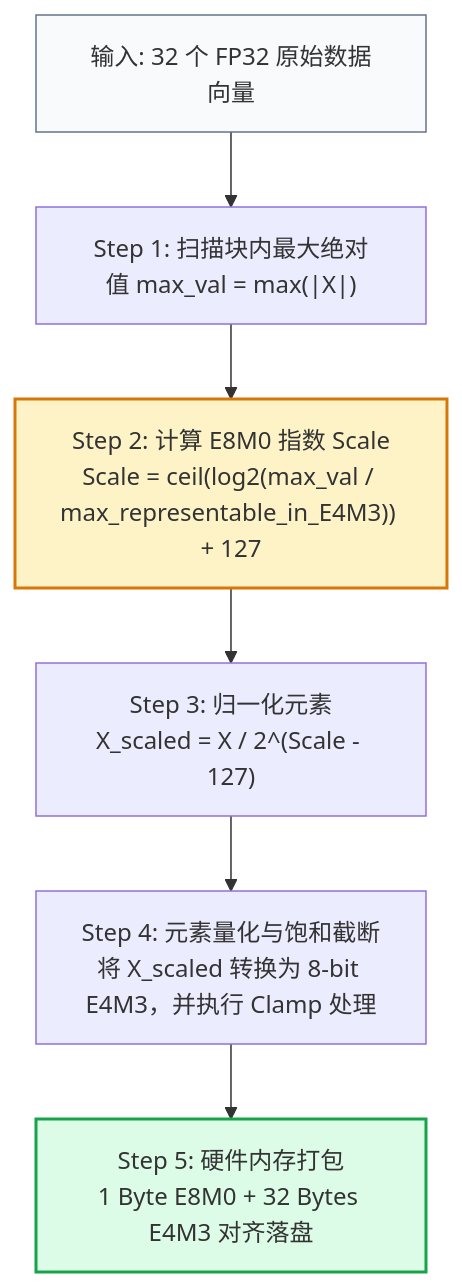
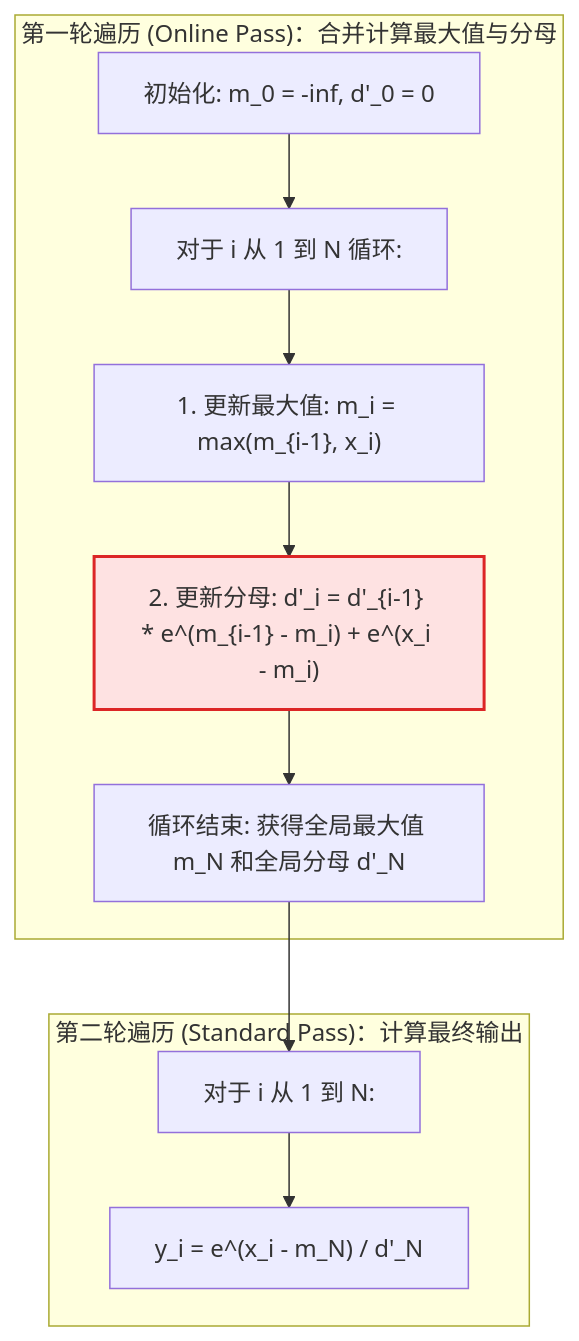
The fourth of 7 diagrams in src/content/posts/npu-chip-architecture-operators-and-dataflow-guide.md (hqu-little-boy/blog), drawn with Mermaid before and after one commit. The commit also changed other lines of this file, not shown here.

````diff
--- a/src/content/posts/npu-chip-architecture-operators-and-dataflow-guide.md
+++ b/src/content/posts/npu-chip-architecture-operators-and-dataflow-guide.md
@@ -177,12 +499,16 @@
 ```mermaid
 flowchart TD
-    A["输入: 32 个 FP32 原始数据向量"] --> B["Step 1: 扫描块内最大绝对值 max_val = max(|X|)"]
-    B --> C["Step 2: 计算 E8M0 指数 Scale<br/>Scale = ceil(log2(max_val / max_representable_in_E4M3)) + 127"]
-    C --> D["Step 3: 归一化元素<br/>X_scaled = X / 2^(Scale - 127)"]
-    D --> E["Step 4: 元素量化与饱和截断<br/>将 X_scaled 转换为 8-bit E4M3，并执行 Clamp 处理"]
-    E --> F["Step 5: 硬件内存打包<br/>1 Byte E8M0 + 32 Bytes E4M3 对齐落盘"]
-    
-    style A fill:#f8fafc,stroke:#64748b
-    style C fill:#fef3c7,stroke:#d97706,stroke-width:2px
-    style F fill:#dcfce7,stroke:#16a34a,stroke-width:2px
+    subgraph P1["第一轮遍历 (Online Pass)：合并计算最大值与分母"]
+        I1["初始化: m_0 = -inf, d'_0 = 0"] --> LOOP1["对于 i 从 1 到 N 循环:"]
+        LOOP1 --> S1["1. 更新最大值: m_i = max(m_{i-1}, x_i)"]
+        S1 --> S2["2. 更新分母: d'_i = d'_{i-1} * e^(m_{i-1} - m_i) + e^(x_i - m_i)"]
+        S2 --> END1["循环结束: 获得全局最大值 m_N 和全局分母 d'_N"]
+    end
+
+    subgraph P2["第二轮遍历 (Standard Pass)：计算最终输出"]
+        END1 --> LOOP2["对于 i 从 1 到 N:"]
+        LOOP2 --> CALC["y_i = e^(x_i - m_N) / d'_N"]
+    end
+
+    style S2 fill:#fee2e2,stroke:#dc2626,stroke-width:2px
 ```
````
